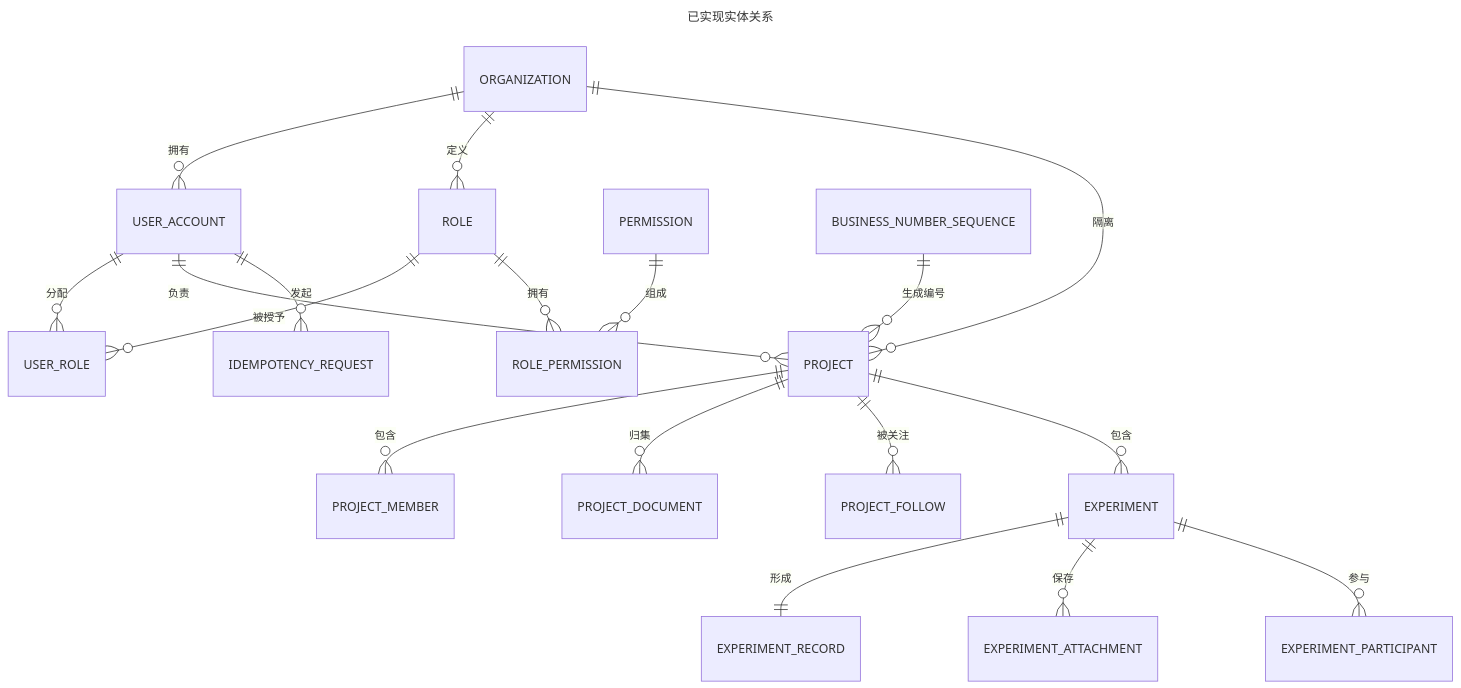
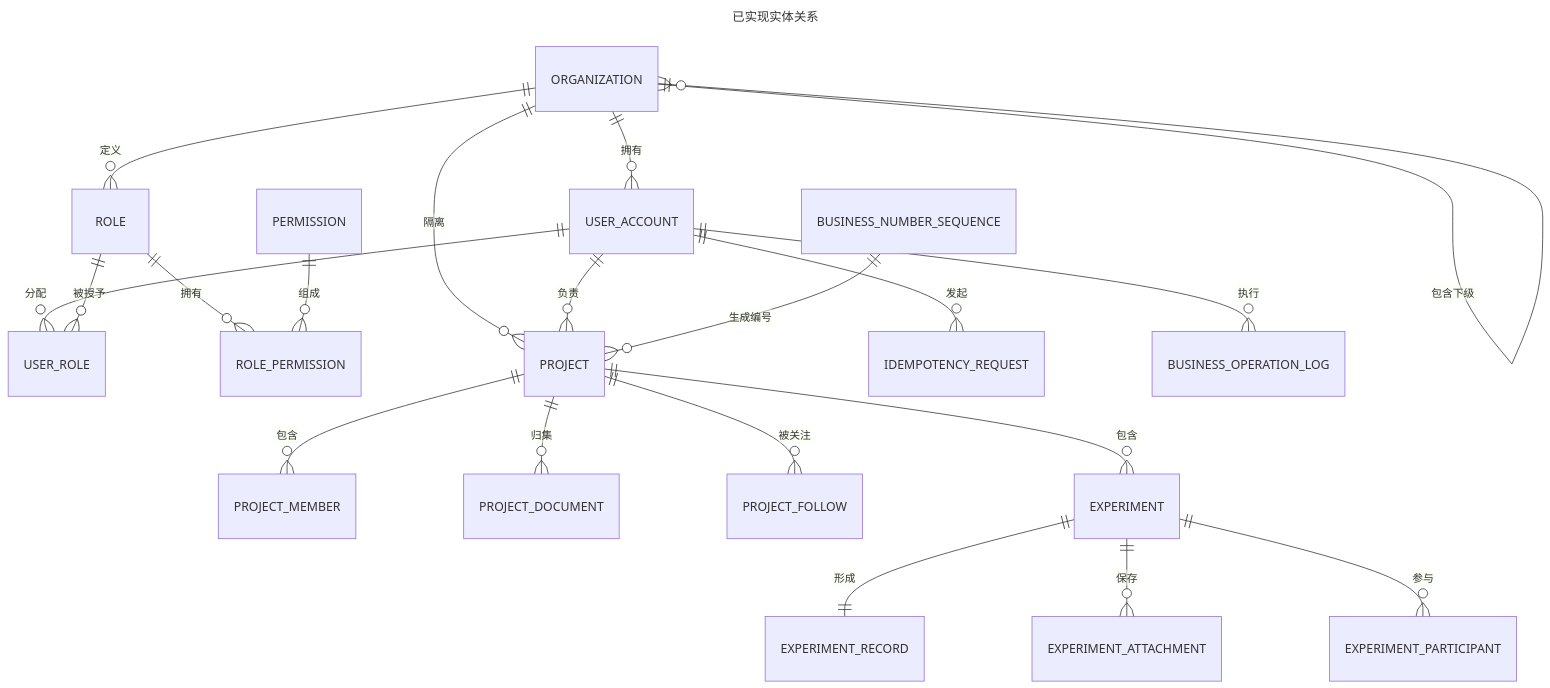
One commit to bujiuzhi/labAssistant changed the first of 4 diagrams in docs/detailed-design.md. Above: the diagram before and after it, drawn with Mermaid. The commit also changed other lines of this file and 89 other files, not shown here.

````diff
--- a/docs/detailed-design.md
+++ b/docs/detailed-design.md
@@ -47,23 +49,25 @@
 ```mermaid
 ---
 title: 已实现实体关系
 ---
 erDiagram
+    ORGANIZATION ||--o{ ORGANIZATION : "包含下级"
     ORGANIZATION ||--o{ USER_ACCOUNT : "拥有"
     ORGANIZATION ||--o{ ROLE : "定义"
     USER_ACCOUNT ||--o{ USER_ROLE : "分配"
     ROLE ||--o{ USER_ROLE : "被授予"
     ROLE ||--o{ ROLE_PERMISSION : "拥有"
     PERMISSION ||--o{ ROLE_PERMISSION : "组成"
     ORGANIZATION ||--o{ PROJECT : "隔离"
     USER_ACCOUNT ||--o{ PROJECT : "负责"
     PROJECT ||--o{ PROJECT_MEMBER : "包含"
     PROJECT ||--o{ PROJECT_DOCUMENT : "归集"
     PROJECT ||--o{ PROJECT_FOLLOW : "被关注"
     PROJECT ||--o{ EXPERIMENT : "包含"
     EXPERIMENT ||--|| EXPERIMENT_RECORD : "形成"
     EXPERIMENT ||--o{ EXPERIMENT_ATTACHMENT : "保存"
     EXPERIMENT ||--o{ EXPERIMENT_PARTICIPANT : "参与"
     BUSINESS_NUMBER_SEQUENCE ||--o{ PROJECT : "生成编号"
     USER_ACCOUNT ||--o{ IDEMPOTENCY_REQUEST : "发起"
+    USER_ACCOUNT ||--o{ BUSINESS_OPERATION_LOG : "执行"
 ```
````
